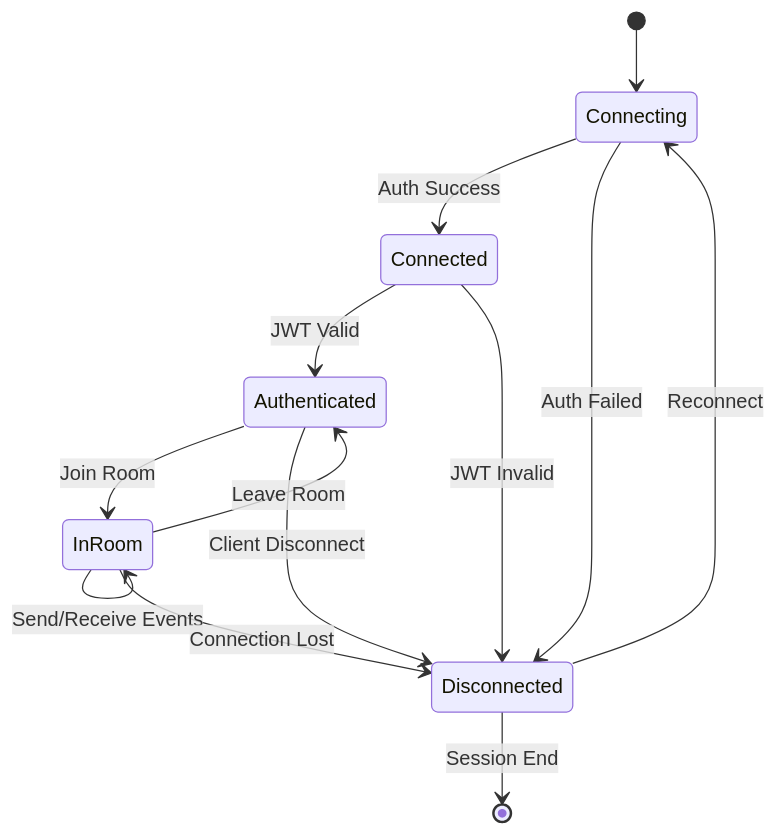
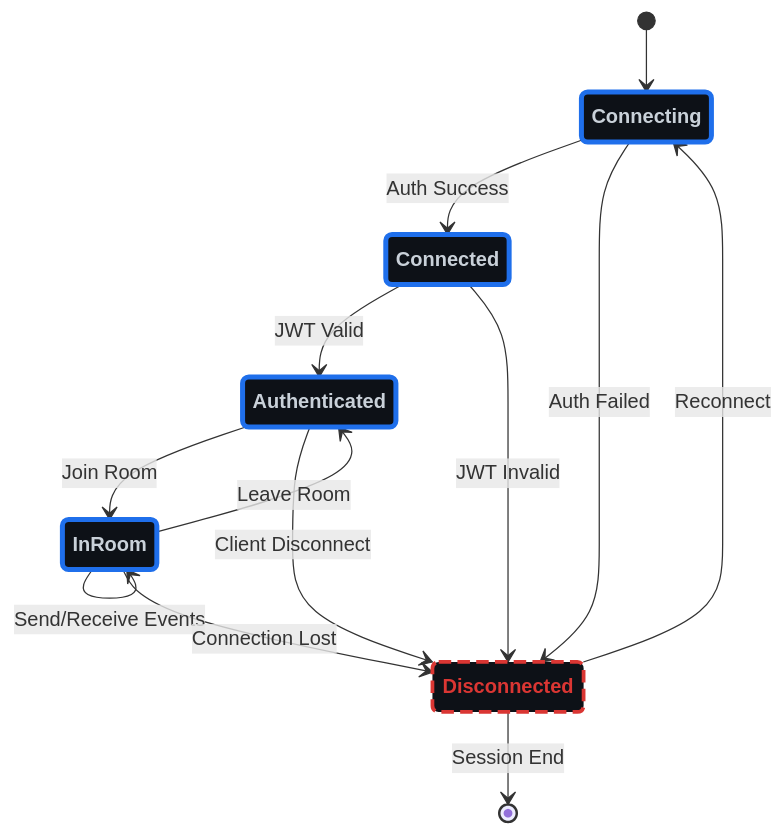
One commit to abdoElHodaky/transportapp changed the ninth of 15 diagrams in docs/ARCHITECTURE.md. Above: the diagram before and after it, drawn with Mermaid. The commit also changed other lines of this file, not shown here.

````diff
--- a/docs/ARCHITECTURE.md
+++ b/docs/ARCHITECTURE.md
@@ -1533,73 +1533,21 @@
     InRoom --> Disconnected : Connection Lost
     
     Disconnected --> Connecting : Reconnect
-    Disconnected --> [*]: Session End
+    Disconnected --> [*] : Session End
 
-    %%  --- DARK GRADIENT & GLOW STYLING ---
-    
-    %%  Main Dashboard (Neon Cyan/Blue)
-    classDef main fill : #0d1117, stroke:#58a6ff, stroke-width: 4px,color:#58a6ff,font-weight: bold;
-    
-    
-    %%  Decision Diamond (Gold Glow)
-    classDef decision fill : #161b22, stroke:#d29922, color:#d29922,stroke-dasharray: 5 5;
-    
-    
-    %%  Revenue (Emerald Gradient Style)
-    classDef revNode fill : #04190b, stroke:#3fb950, color:#aff5b4,stroke-width: 2px;
-    
-    
-    %%  Commission (Purple Gradient Style)
-    classDef commNode fill : #12101e, stroke:#bc8cff, color:#e2c5ff,stroke-width: 2px;
-    
-    
-    %%  Refund (Ruby Gradient Style)
-    classDef refNode fill : #1a0b0b, stroke:#ff7b72, color:#ffa198,stroke-width: 2px;
-    
-    
-    %%  Earnings (Sapphire Gradient Style)
-    classDef earnNode fill : #051221, stroke:#388bfd, color:#a5d6ff,stroke-width: 2px;
-    
+    classDef primary fill:#0d1117,stroke:#1f6feb,stroke-width:4px,color:#c9d1d9,font-weight:bold
+    classDef secondary fill:#0d1117,stroke:#388bfd,stroke-width:3px,color:#c9d1d9,font-weight:normal
+    classDef accent fill:#0d1117,stroke:#79c0ff,stroke-width:2px,color:#79c0ff,font-weight:bold
+    classDef success fill:#0d1117,stroke:#238636,stroke-width:3px,color:#238636,font-weight:bold
+    classDef warning fill:#0d1117,stroke:#d29922,stroke-width:3px,color:#d29922,font-weight:bold,stroke-dasharray:5 5
+    classDef error fill:#0d1117,stroke:#da3633,stroke-width:3px,color:#da3633,font-weight:bold,stroke-dasharray:10 5
+    classDef database fill:#0d1117,stroke:#79c0ff,stroke-width:4px,color:#79c0ff,font-weight:bold
+    classDef process fill:#30363d,stroke:#1f6feb,stroke-width:2px,color:#c9d1d9,font-weight:normal
+    classDef decision fill:#0d1117,stroke:#d29922,stroke-width:3px,color:#d29922,font-weight:bold,stroke-dasharray:8 4
+    classDef external fill:#0d1117,stroke:#388bfd,stroke-width:2px,color:#388bfd,font-weight:normal,stroke-dasharray:3 3
 
-    class A main;
-    class C decision;
-    class D revNode;
-    class I commNode;
-
-
-
-
-    %% --- ARCHITECTURE (TECH BLUE) THEME STYLING ---
-    
-    %% Primary nodes (main components)
-    classDef primary fill:#0d1117,stroke:#1f6feb,stroke-width:4px,color:#c9d1d9,font-weight:bold;
-    
-    %% Secondary nodes (supporting components)
-    classDef secondary fill:#0d1117,stroke:#388bfd,stroke-width:3px,color:#c9d1d9,font-weight:normal;
-    
-    %% Accent nodes (highlights)
-    classDef accent fill:#0d1117,stroke:#79c0ff,stroke-width:2px,color:#79c0ff,font-weight:bold;
-    
-    %% Success nodes (positive outcomes)
-    classDef success fill:#0d1117,stroke:#238636,stroke-width:3px,color:#238636,font-weight:bold;
-    
-    %% Warning nodes (attention needed)
-    classDef warning fill:#0d1117,stroke:#d29922,stroke-width:3px,color:#d29922,font-weight:bold,stroke-dasharray: 5 5;
-    
-    %% Error nodes (problems/failures)
-    classDef error fill:#0d1117,stroke:#da3633,stroke-width:3px,color:#da3633,font-weight:bold,stroke-dasharray: 10 5;
-    
-    %% Database nodes (data storage)
-    classDef database fill:#0d1117,stroke:#79c0ff,stroke-width:4px,color:#79c0ff,font-weight:bold;
-    
-    %% Process nodes (operations)
-    classDef process fill:#30363d,stroke:#1f6feb,stroke-width:2px,color:#c9d1d9,font-weight:normal;
-    
-    %% Decision nodes (branching points)
-    classDef decision fill:#0d1117,stroke:#d29922,stroke-width:3px,color:#d29922,font-weight:bold,stroke-dasharray: 8 4;
-    
-    %% External nodes (third-party services)
-    classDef external fill:#0d1117,stroke:#388bfd,stroke-width:2px,color:#388bfd,font-weight:normal,stroke-dasharray: 3 3;
+    class Connecting,Connected,Authenticated,InRoom primary
+    class Disconnected error
 
 
 ```
````
